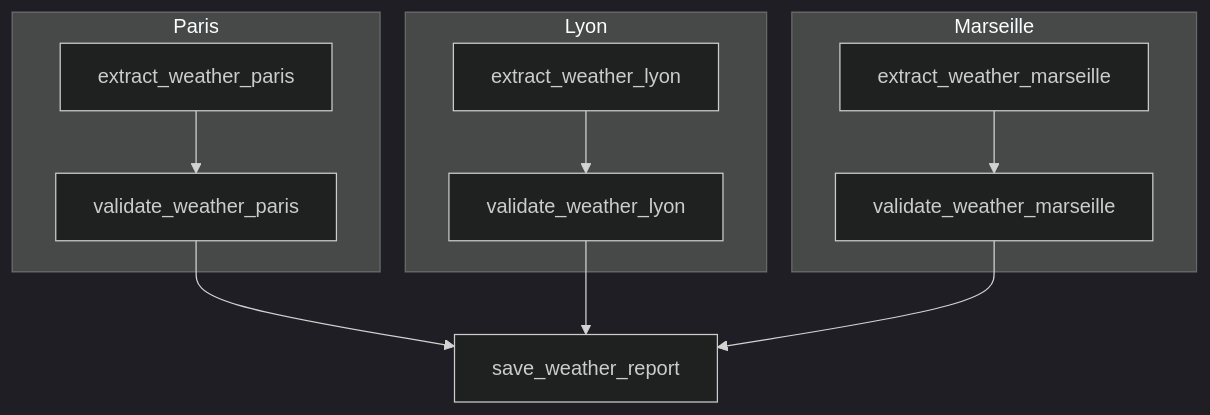
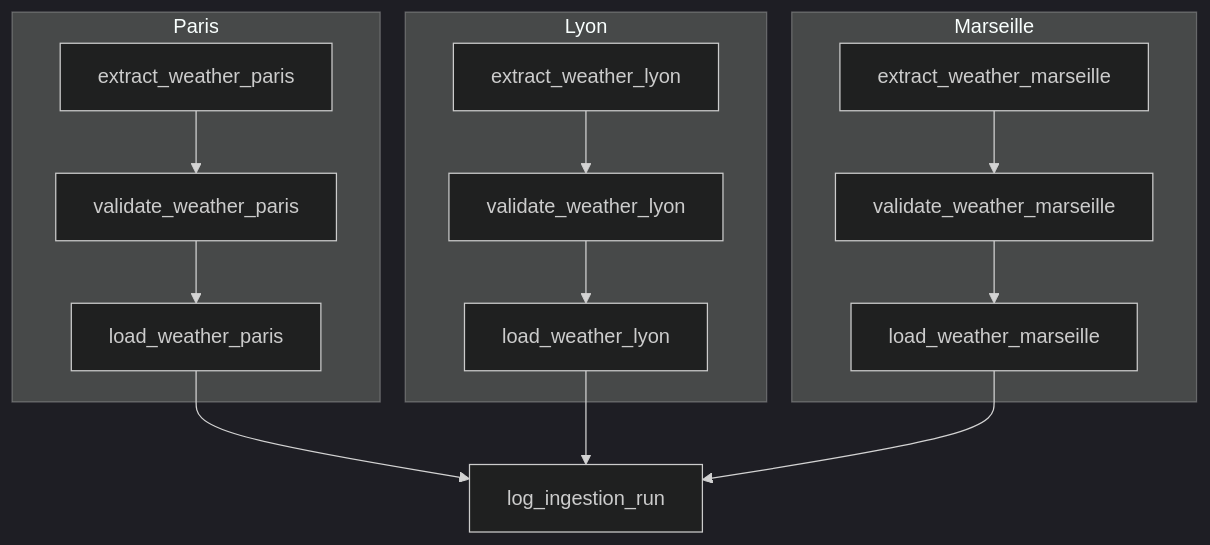
Before and after one commit to NassAbd/ipssi-tp2-airflow: the diagram in README.md, drawn with Mermaid (dark theme). The commit also changed other lines of this file and 9 other files, not shown here.

````diff
--- a/README.md
+++ b/README.md
@@ -7,16 +7,16 @@
 ```mermaid
 graph TD
     subgraph Paris
-        extract_paris[extract_weather_paris] --> validate_paris[validate_weather_paris]
+        extract_paris[extract_weather_paris] --> validate_paris[validate_weather_paris] --> load_paris[load_weather_paris]
     end
     subgraph Lyon
-        extract_lyon[extract_weather_lyon] --> validate_lyon[validate_weather_lyon]
+        extract_lyon[extract_weather_lyon] --> validate_lyon[validate_weather_lyon] --> load_lyon[load_weather_lyon]
     end
     subgraph Marseille
-        extract_marseille[extract_weather_marseille] --> validate_marseille[validate_weather_marseille]
+        extract_marseille[extract_weather_marseille] --> validate_marseille[validate_weather_marseille] --> load_marseille[load_weather_marseille]
     end
 
-    validate_paris --> save_weather_report[save_weather_report]
-    validate_lyon --> save_weather_report
-    validate_marseille --> save_weather_report
+    load_paris --> log_ingestion_run[log_ingestion_run]
+    load_lyon --> log_ingestion_run
+    load_marseille --> log_ingestion_run
 ```
````
